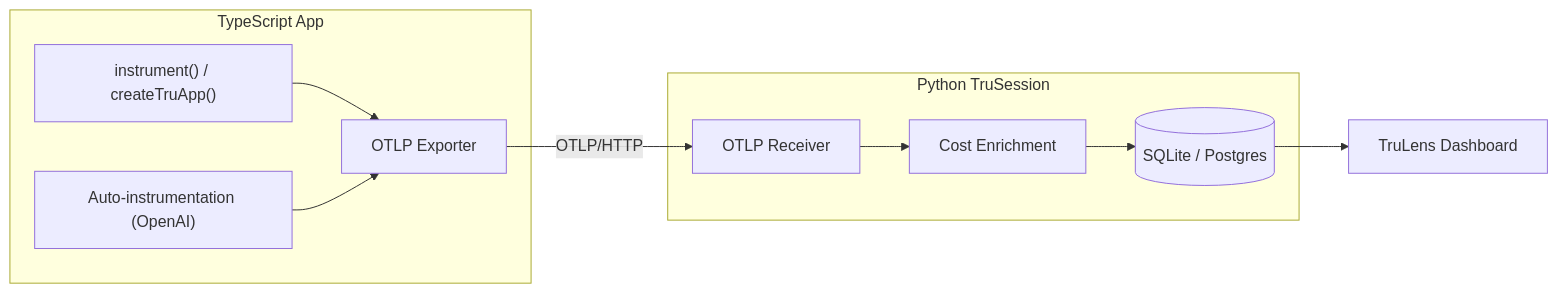
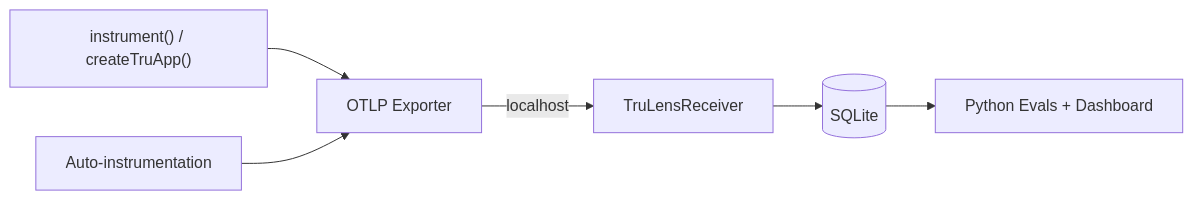
The diagram in docs/component_guides/instrumentation/typescript.md (truera/trulens), drawn with Mermaid before and after one commit. The commit also changed other lines of this file and 7 other files, not shown here.

First line of the commit message:
docs: update TruLens docs for TypeScript SDK with mermaid diagrams

````diff
--- a/docs/component_guides/instrumentation/typescript.md
+++ b/docs/component_guides/instrumentation/typescript.md
@@ -18,23 +23,8 @@
-```mermaid
-flowchart LR
-    subgraph tsApp [TypeScript App]
-        inst["instrument() / createTruApp()"]
-        autoInst["Auto-instrumentation (OpenAI)"]
-        exp[OTLP Exporter]
-    end
-
-    subgraph pyReceiver [Python TruSession]
-        recv[OTLP Receiver]
-        enrich[Cost Enrichment]
-        db[(SQLite / Postgres)]
-    end
-
-    dashboard[TruLens Dashboard]
-
-    inst --> exp
-    autoInst --> exp
-    exp -->|"OTLP/HTTP"| recv
-    recv --> enrich
-    enrich --> db
-    db --> dashboard
+``` mermaid
+graph LR
+  A["instrument() / createTruApp()"] --> B["OTLP Exporter"]
+  C["Auto-instrumentation"] --> B
+  B -- localhost --> D["TruLensReceiver"]
+  D --> E[("SQLite")]
+  E --> F["Python Evals + Dashboard"]
 ```
````
